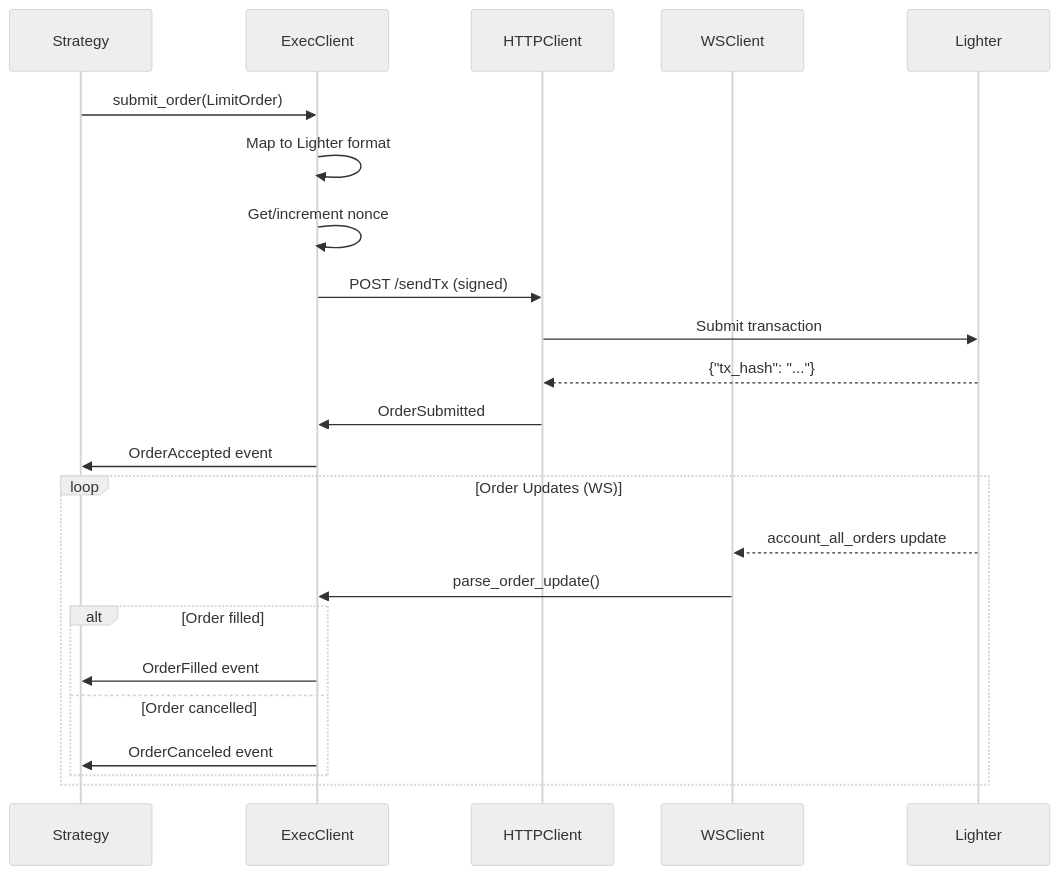
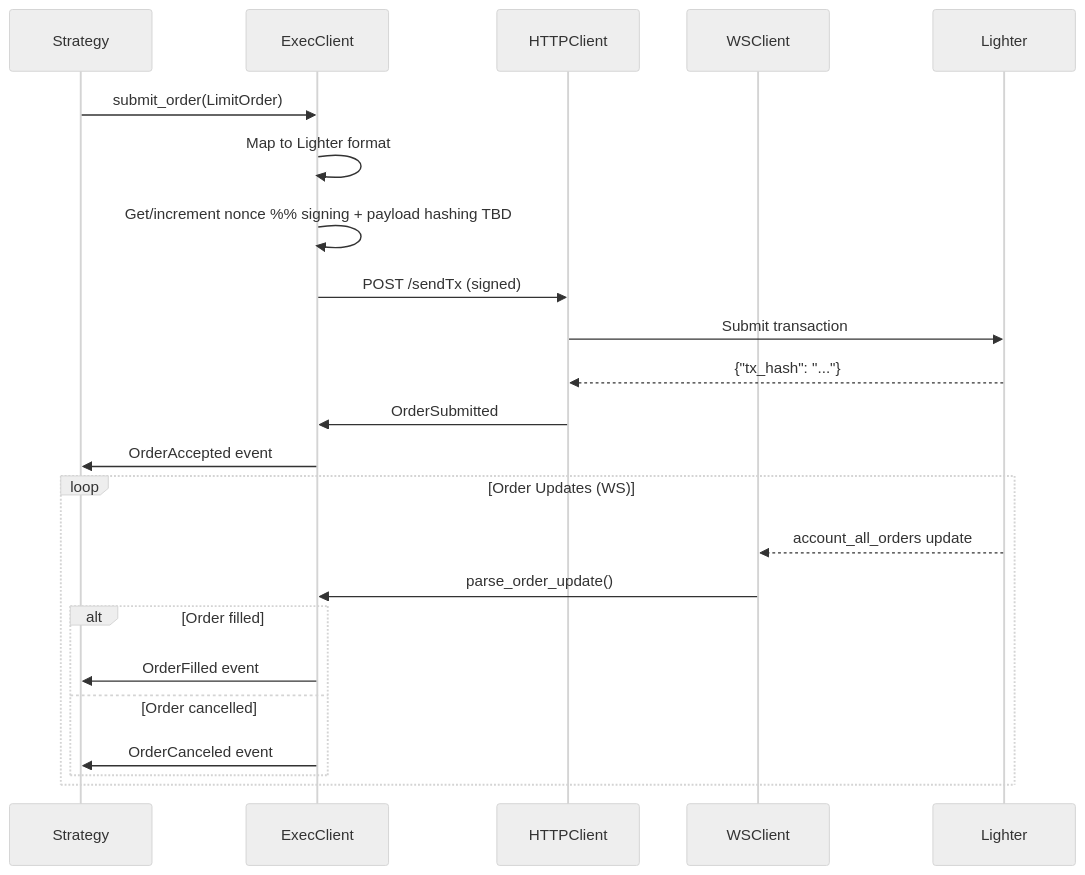
The second of 2 diagrams in docs/lighter_adapter/04_INTEGRATION_DESIGN.md (nautechsystems/nautilus_trader), drawn with Mermaid (neutral theme) before and after one commit. The commit also changed other lines of this file and 8 other files, not shown here.

````diff
--- a/docs/lighter_adapter/04_INTEGRATION_DESIGN.md
+++ b/docs/lighter_adapter/04_INTEGRATION_DESIGN.md
@@ -100,27 +106,27 @@
 ```mermaid
 sequenceDiagram
     participant Strategy
     participant ExecClient
     participant HTTPClient
     participant WSClient
     participant Lighter
 
     Strategy->>ExecClient: submit_order(LimitOrder)
     ExecClient->>ExecClient: Map to Lighter format
-    ExecClient->>ExecClient: Get/increment nonce
+    ExecClient->>ExecClient: Get/increment nonce  %% signing + payload hashing TBD
     ExecClient->>HTTPClient: POST /sendTx (signed)
     HTTPClient->>Lighter: Submit transaction
     Lighter-->>HTTPClient: {"tx_hash": "..."}
     HTTPClient->>ExecClient: OrderSubmitted
     ExecClient->>Strategy: OrderAccepted event
     
     loop Order Updates (WS)
         Lighter-->>WSClient: account_all_orders update
         WSClient->>ExecClient: parse_order_update()
         alt Order filled
             ExecClient->>Strategy: OrderFilled event
         else Order cancelled
             ExecClient->>Strategy: OrderCanceled event
         end
     end
 ```
````
